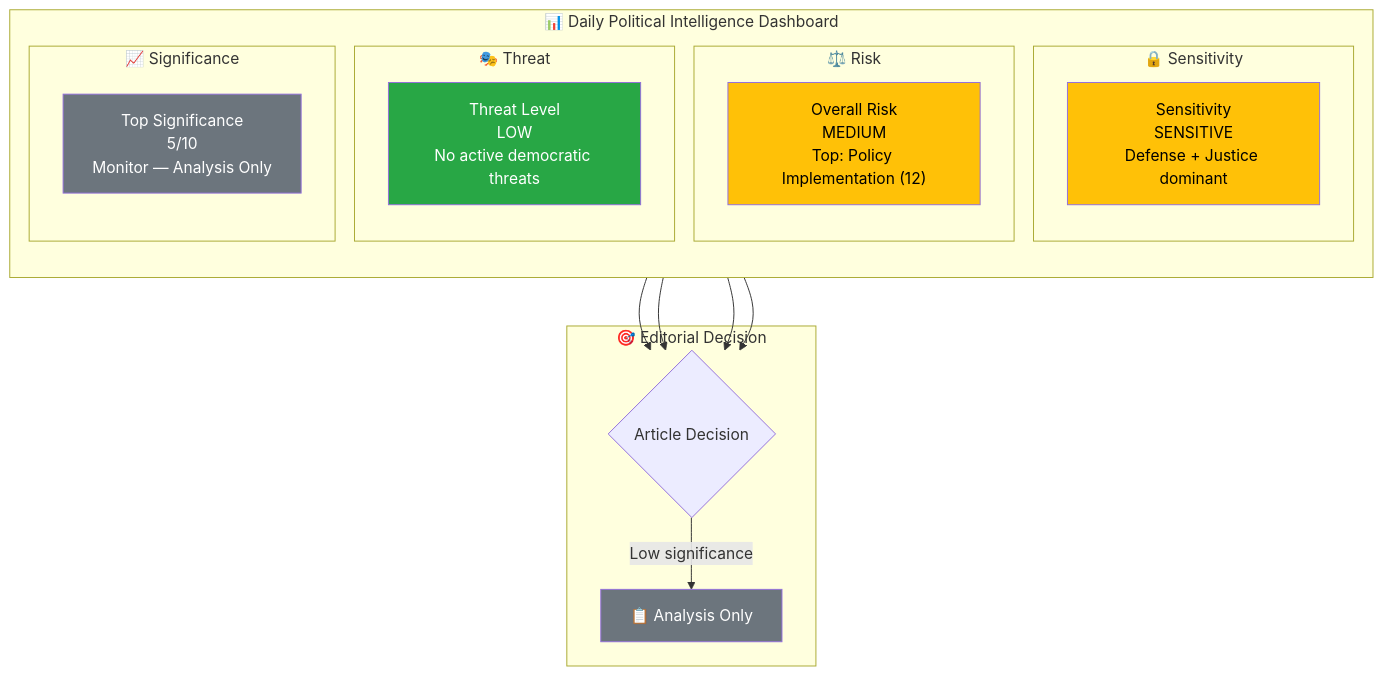
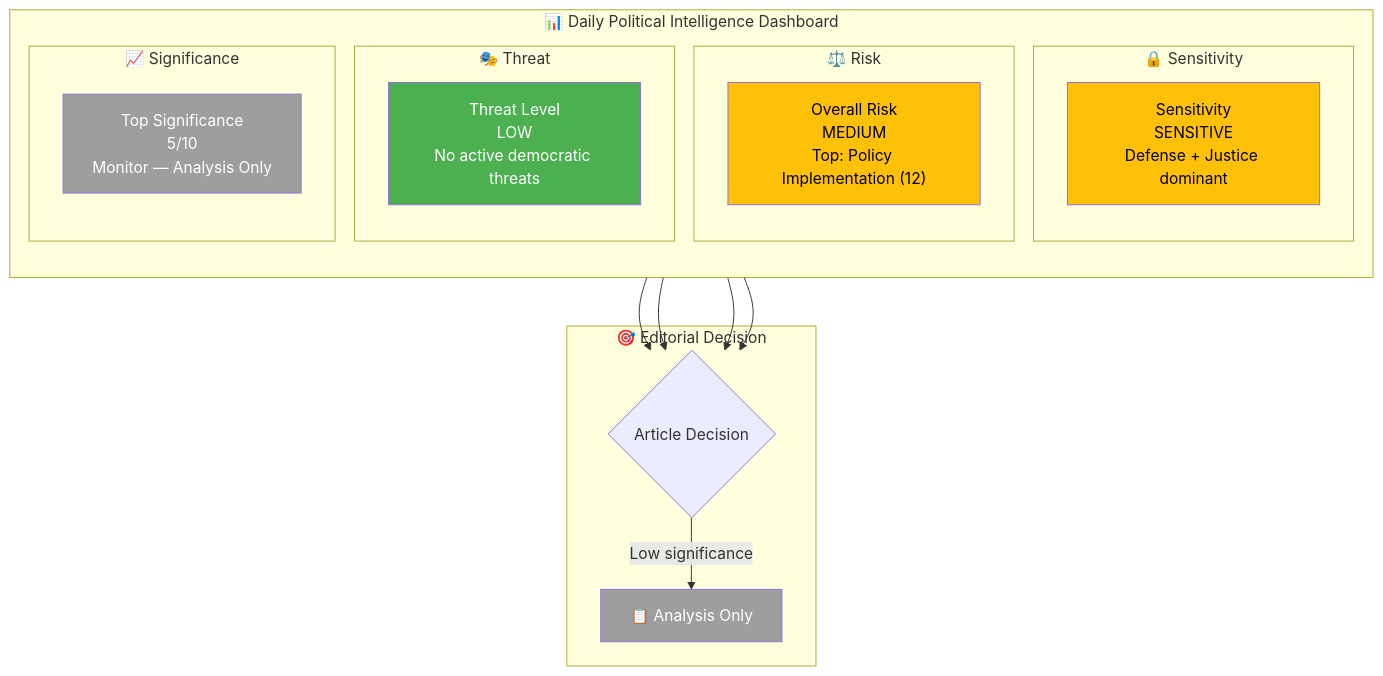
The first of 2 diagrams in analysis/daily/2026-04-06/realtime-1029/synthesis-summary.md (Hack23/riksdagsmonitor), drawn with Mermaid before and after one commit. The commit also changed other lines of this file and 785 other files, not shown here.

First line of the commit message:
Normalize mermaid colors across 786 analysis artifacts to ISMS Style Guide palette

````diff
--- a/analysis/daily/2026-04-06/realtime-1029/synthesis-summary.md
+++ b/analysis/daily/2026-04-06/realtime-1029/synthesis-summary.md
@@ -18,34 +18,34 @@
 ```mermaid
 graph TD
     subgraph "📊 Daily Political Intelligence Dashboard"
         direction TB
         subgraph "🔒 Sensitivity"
             CLS["Sensitivity<br/>SENSITIVE<br/>Defense + Justice dominant"]
         end
         subgraph "⚖️ Risk"
             RSK["Overall Risk<br/>MEDIUM<br/>Top: Policy Implementation (12)"]
         end
         subgraph "🎭 Threat"
             THR["Threat Level<br/>LOW<br/>No active democratic threats"]
         end
         subgraph "📈 Significance"
             SIG["Top Significance<br/>5/10<br/>Monitor — Analysis Only"]
         end
     end
 
     subgraph "🎯 Editorial Decision"
         DEC{Article Decision}
         DEC -->|"Low significance"| MON["📋 Analysis Only"]
     end
 
     CLS --> DEC
     RSK --> DEC
     THR --> DEC
     SIG --> DEC
 
-    style CLS fill:#ffc107,color:#000
-    style RSK fill:#ffc107,color:#000
-    style THR fill:#28a745,color:#fff
-    style SIG fill:#6c757d,color:#fff
-    style MON fill:#6c757d,color:#fff
+    style CLS fill:#FFC107,color:#000000
+    style RSK fill:#FFC107,color:#000000
+    style THR fill:#4CAF50,color:#FFFFFF
+    style SIG fill:#9E9E9E,color:#FFFFFF
+    style MON fill:#9E9E9E,color:#FFFFFF
 ```
````
